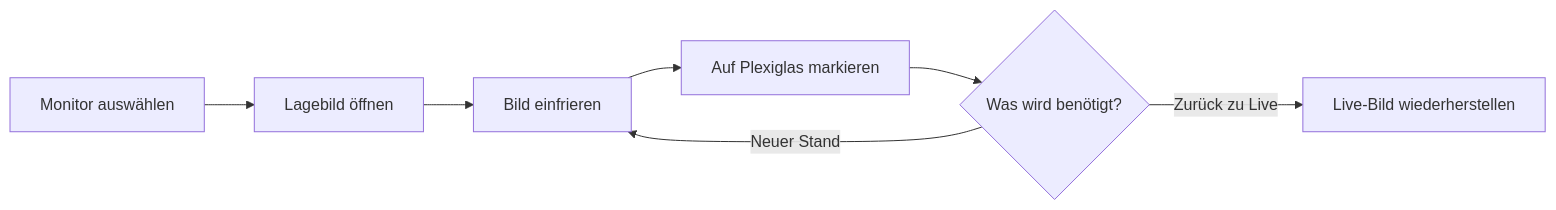
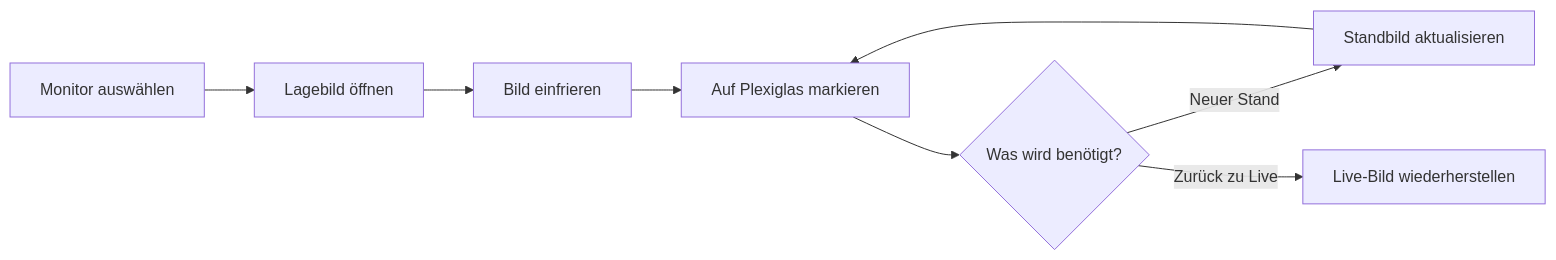
The diagram in README.md (thisislennard/LageFreeze), drawn with Mermaid before and after one commit. The commit also changed other lines of this file, not shown here.

Commit message:
docs: polish README workflow

````diff
--- a/README.md
+++ b/README.md
@@ -49,9 +49,10 @@
 ```mermaid
 flowchart LR
     A[Monitor auswählen] --> B[Lagebild öffnen]
     B --> C[Bild einfrieren]
     C --> D[Auf Plexiglas markieren]
     D --> E{Was wird benötigt?}
-    E -->|Neuer Stand| C
+    E -->|Neuer Stand| G[Standbild aktualisieren]
+    G --> D
     E -->|Zurück zu Live| F[Live-Bild wiederherstellen]
 ```
````
